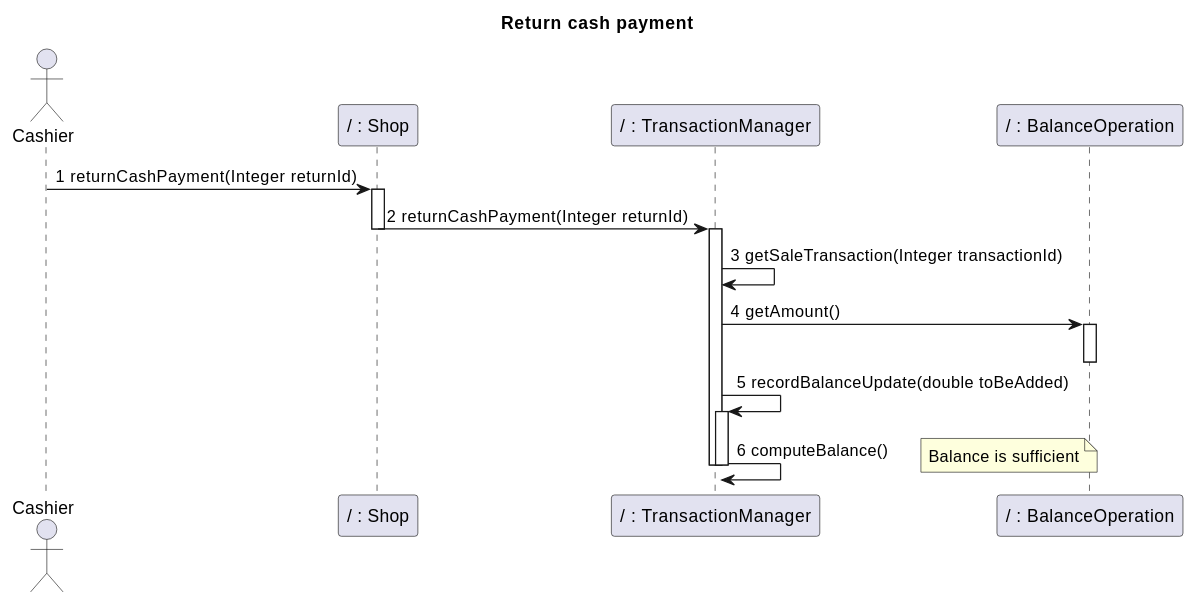
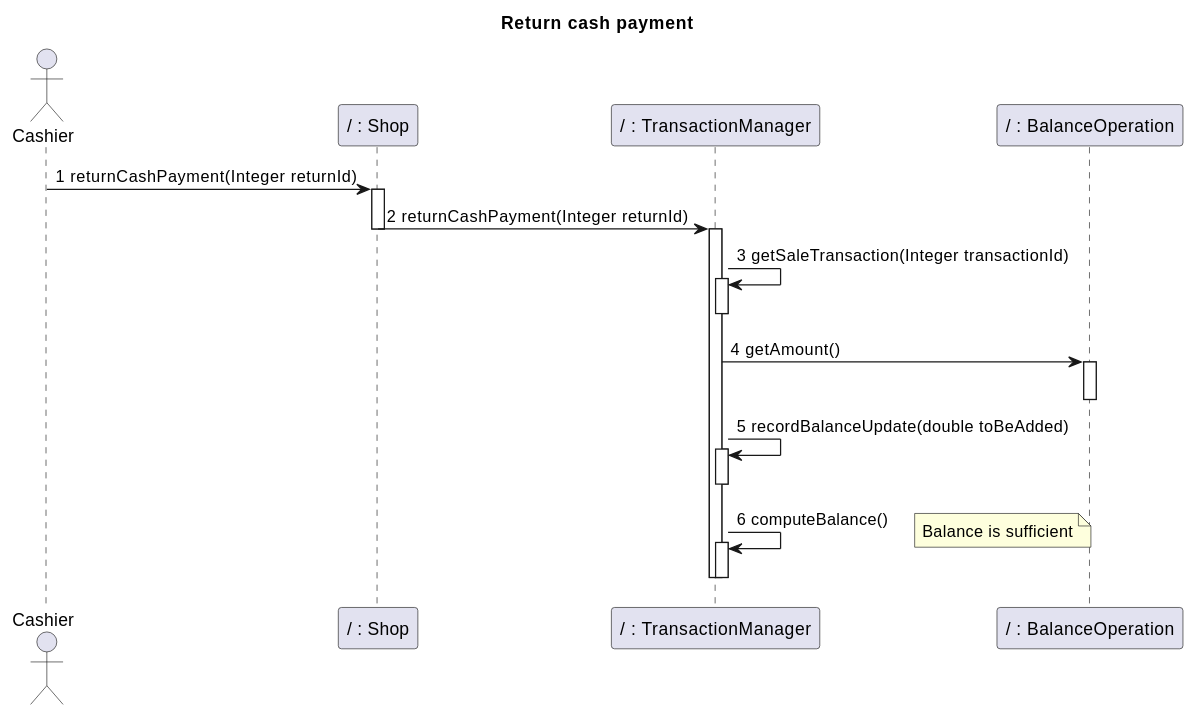
Before and after one commit to nicolabattaglino/ezshop: diagram 32 of 32 in Deliverables/DesignDocument.md, drawn with PlantUML. The commit also changed other lines of this file, not shown here.

````diff
--- a/Deliverables/DesignDocument.md
+++ b/Deliverables/DesignDocument.md
@@ -1527,29 +1533,33 @@
 ```plantuml
 @startuml
 
 title
 Return  cash payment
 end title
 
 
 actor Cashier
 participant "/ : Shop" as Shop
 participant "/ : TransactionManager" as TransactionManager
 participant "/ : BalanceOperation" as BalanceOperation
 Cashier -> Shop :1 returnCashPayment(Integer returnId)
 activate Shop
 Shop -> TransactionManager:2 returnCashPayment(Integer returnId)
 deactivate Shop
 activate TransactionManager
 TransactionManager-> TransactionManager:3 getSaleTransaction(Integer transactionId)
+activate TransactionManager
+deactivate TransactionManager
 TransactionManager-> BalanceOperation:4 getAmount()
 activate BalanceOperation
 deactivate BalanceOperation
 TransactionManager -> TransactionManager:5 recordBalanceUpdate(double toBeAdded)
 activate TransactionManager
+deactivate TransactionManager
 TransactionManager -> TransactionManager:6 computeBalance()
+activate TransactionManager
 deactivate TransactionManager
 note right: Balance is sufficient
 deactivate TransactionManager
 @enduml
 ```
````
